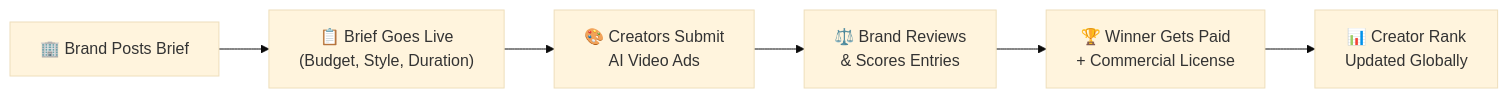
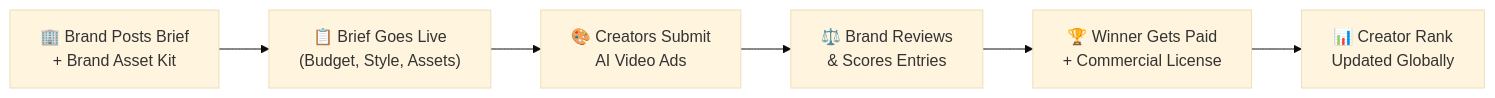
One commit to flixoraplay-byte/Flixoraplay---AI-Film-Festival changed the diagram in flixoraplay_master_plan.md. Above: the diagram before and after it, drawn with Mermaid (base theme). The commit also changed other lines of this file and 21 other files, not shown here.

````diff
--- a/flixoraplay_master_plan.md
+++ b/flixoraplay_master_plan.md
@@ -94,8 +94,8 @@
 ```mermaid
 flowchart LR
-    A["🏢 Brand Posts Brief"] --> B["📋 Brief Goes Live\n(Budget, Style, Duration)"]
+    A["🏢 Brand Posts Brief\n+ Brand Asset Kit"] --> B["📋 Brief Goes Live\n(Budget, Style, Assets)"]
     B --> C["🎨 Creators Submit\nAI Video Ads"]
     C --> D["⚖️ Brand Reviews\n& Scores Entries"]
     D --> E["🏆 Winner Gets Paid\n+ Commercial License"]
     E --> F["📊 Creator Rank\nUpdated Globally"]
 ```
````
